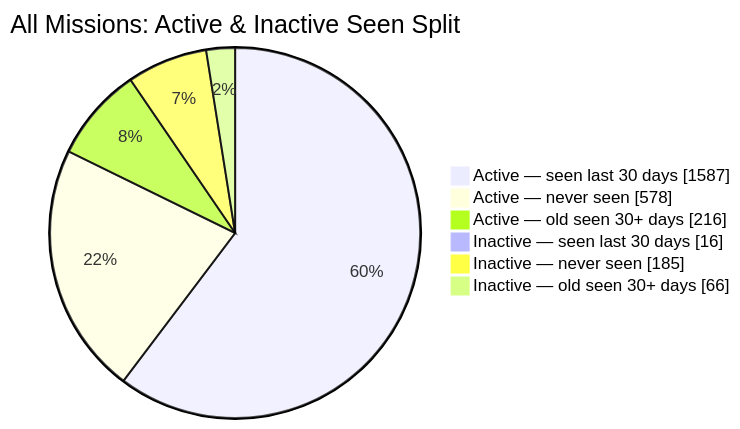
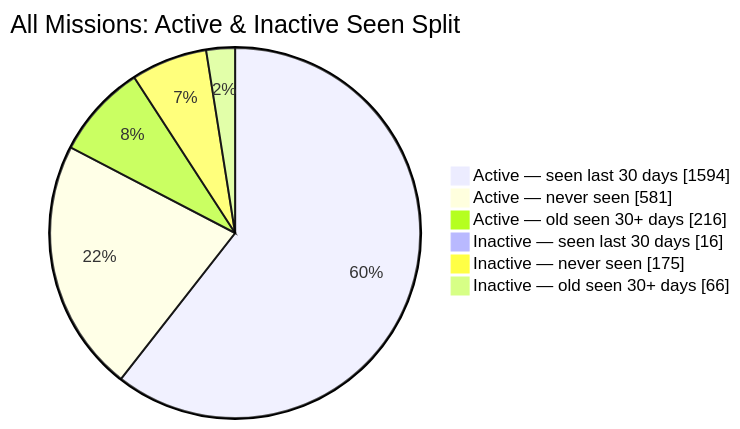
One commit to MeldkamerspelGameTeam/active-missions changed the second of 2 diagrams in README.md. Above: the diagram before and after it, drawn with Mermaid. The commit also changed other lines of this file and 4 other files, not shown here.

````diff
--- a/README.md
+++ b/README.md
@@ -44,10 +44,10 @@
 ```mermaid
 pie showData
     title All Missions: Active & Inactive Seen Split
-    "Active — seen last 30 days" : 1587
-    "Active — never seen" : 578
+    "Active — seen last 30 days" : 1594
+    "Active — never seen" : 581
     "Active — old seen 30+ days" : 216
     "Inactive — seen last 30 days" : 16
-    "Inactive — never seen" : 185
+    "Inactive — never seen" : 175
     "Inactive — old seen 30+ days" : 66
 ```
````
